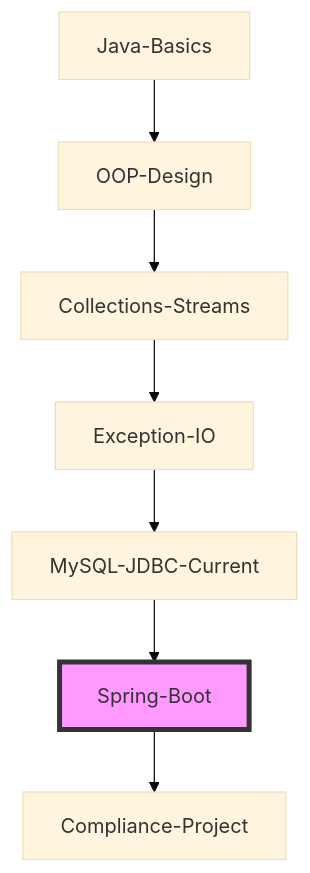
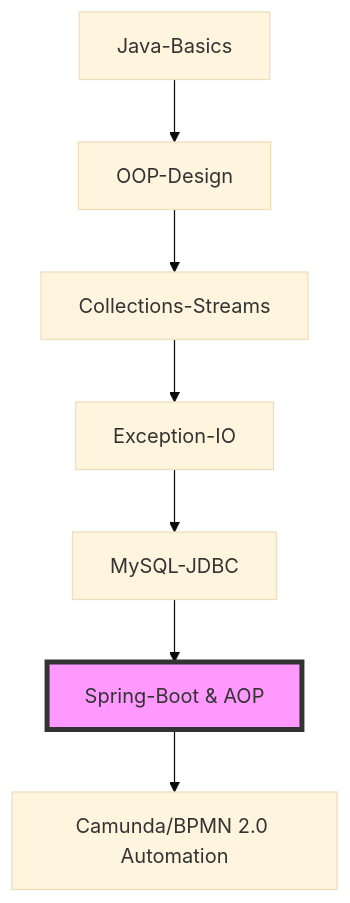
Before and after one commit to Wenjian-Liu/Compliance-Tech-Logic: the diagram in README.md, drawn with Mermaid (base theme). The commit also changed other lines of this file, not shown here.

````diff
--- a/README.md
+++ b/README.md
@@ -307,10 +252,10 @@
 ```mermaid
 graph TD
 A[Java-Basics]-->B[OOP-Design]
 B-->C[Collections-Streams]
 C-->D[Exception-IO]
-D-->E[MySQL-JDBC-Current]
-E-->F[Spring-Boot]
-F-->G[Compliance-Project]
+D-->E[MySQL-JDBC]
+E-->F[Spring-Boot & AOP]
+F-->G[Camunda/BPMN 2.0 Automation]
 style F fill:#f9f,stroke:#333,stroke-width:4px
 ```
````
